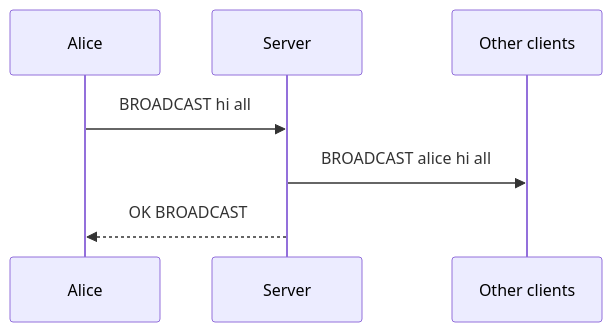
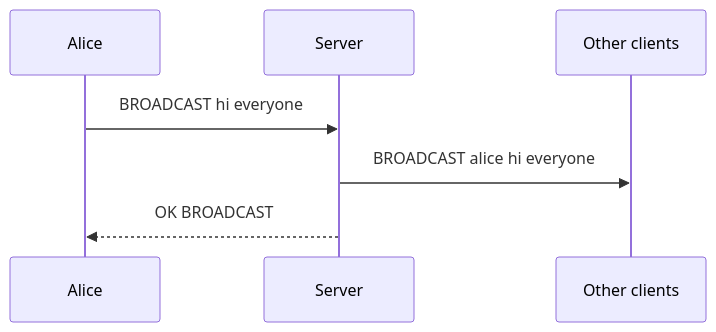
One commit to jazpeak/tcp-chat-file-transfer changed the third of 5 diagrams in docs/PROTOCOL.md. Above: the diagram before and after it, drawn with Mermaid. The commit also changed other lines of this file and 12 other files, not shown here.

````diff
--- a/docs/PROTOCOL.md
+++ b/docs/PROTOCOL.md
@@ -46,9 +68,9 @@
 ```mermaid
 sequenceDiagram
     participant A as Alice
     participant S as Server
     participant O as Other clients
-    A->>S: BROADCAST hi all
-    S->>O: BROADCAST alice hi all
+    A->>S: BROADCAST hi everyone
+    S->>O: BROADCAST alice hi everyone
     S-->>A: OK BROADCAST
 ```
````
